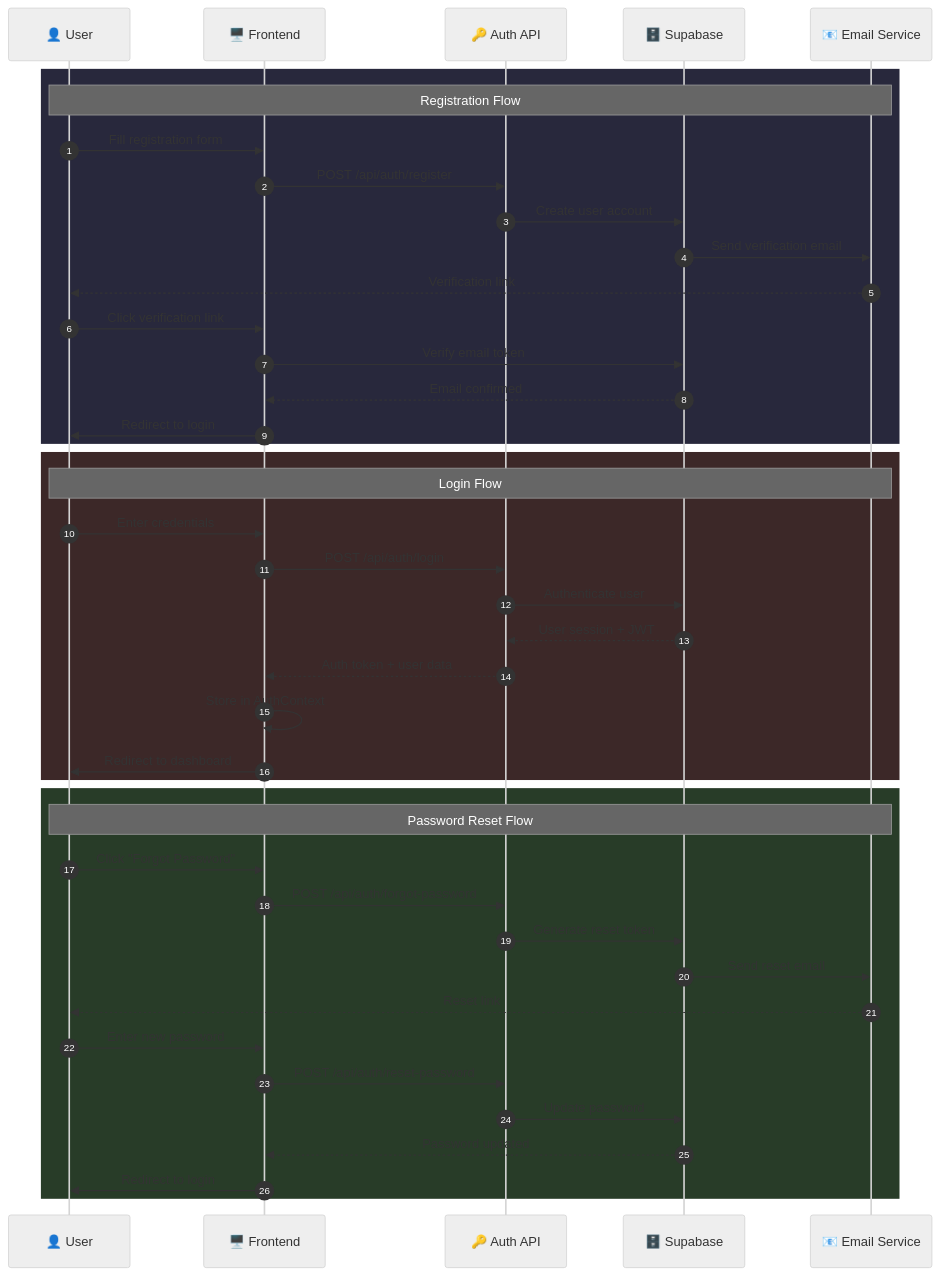
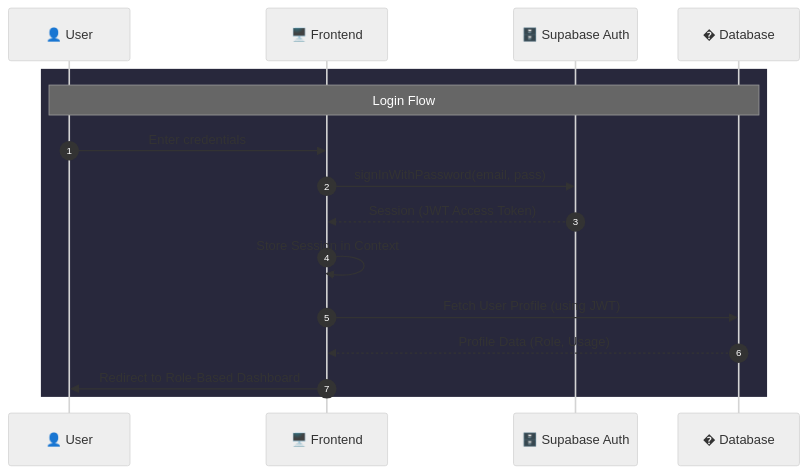
One commit to Irchika774/Tech-Care_official changed the fourth of 13 diagrams in README.md. Above: the diagram before and after it, drawn with Mermaid (neutral theme). The commit also changed other lines of this file, not shown here.

Commit message:
docs: improve architecture diagrams in README

````diff
--- a/README.md
+++ b/README.md
@@ -244,47 +225,19 @@
 ```mermaid
 sequenceDiagram
     autonumber
     participant U as 👤 User
     participant F as 🖥️ Frontend
-    participant A as 🔑 Auth API
-    participant S as 🗄️ Supabase
-    participant E as 📧 Email Service
+    participant S as 🗄️ Supabase Auth
+    participant DB as �️ Database
 
     rect rgb(40, 40, 60)
-        Note over U,E: Registration Flow
-        U->>F: Fill registration form
-        F->>A: POST /api/auth/register
-        A->>S: Create user account
-        S->>E: Send verification email
-        E-->>U: Verification link
-        U->>F: Click verification link
-        F->>S: Verify email token
-        S-->>F: Email confirmed
-        F->>U: Redirect to login
-    end
-
-    rect rgb(60, 40, 40)
-        Note over U,E: Login Flow
+        Note over U,DB: Login Flow
         U->>F: Enter credentials
-        F->>A: POST /api/auth/login
-        A->>S: Authenticate user
-        S-->>A: User session + JWT
-        A-->>F: Auth token + user data
-        F->>F: Store in AuthContext
-        F->>U: Redirect to dashboard
-    end
-
-    rect rgb(40, 60, 40)
-        Note over U,E: Password Reset Flow
-        U->>F: Click "Forgot Password"
-        F->>A: POST /api/auth/forgot-password
-        A->>S: Generate reset token
-        S->>E: Send reset email
-        E-->>U: Reset link
-        U->>F: Enter new password
-        F->>A: POST /api/auth/reset-password
-        A->>S: Update password
-        S-->>F: Password updated
-        F->>U: Redirect to login
+        F->>S: signInWithPassword(email, pass)
+        S-->>F: Session (JWT Access Token)
+        F->>F: Store Session in Context
+        F->>DB: Fetch User Profile (using JWT)
+        DB-->>F: Profile Data (Role, Usage)
+        F->>U: Redirect to Role-Based Dashboard
     end
 ```
````
